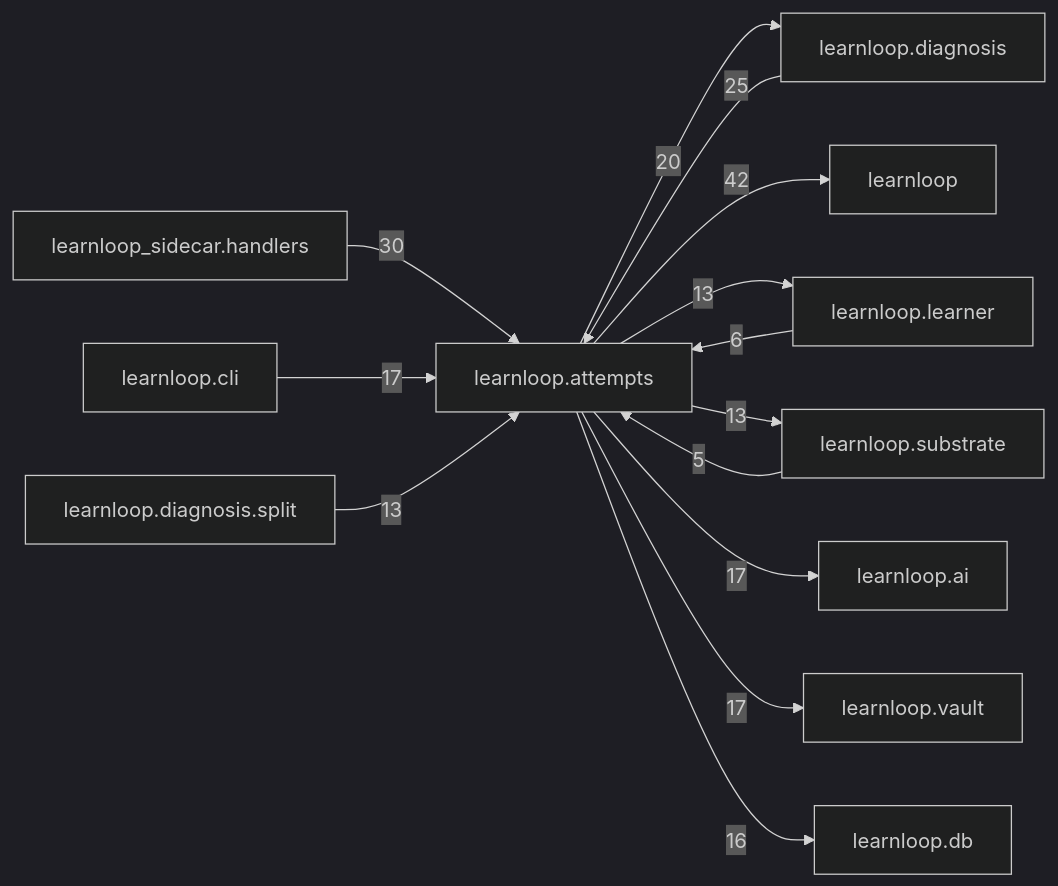
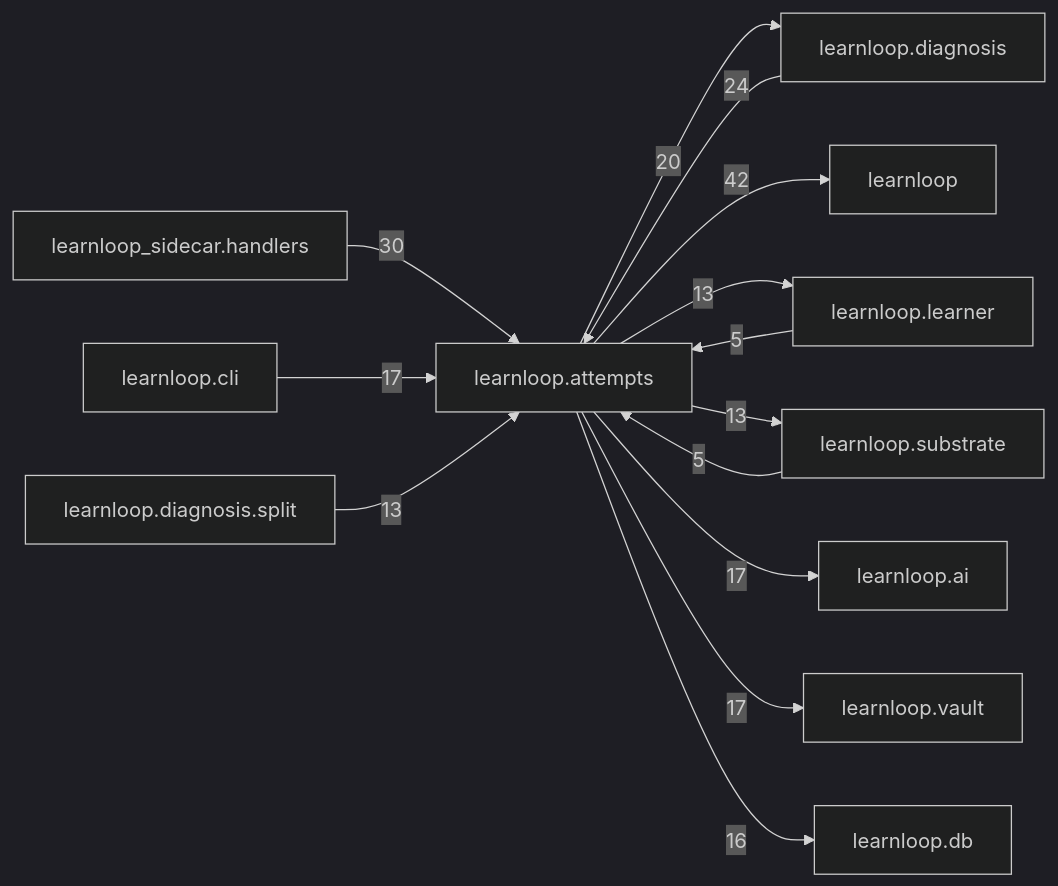
Before and after one commit to 6up-b/learnanything: the diagram in docs/learnloop-architecture-vault/Reference/Modules/learnloop/attempts/_package.md, drawn with Mermaid (dark theme). The commit also changed other lines of this file and 52 other files, not shown here.

````diff
--- a/docs/learnloop-architecture-vault/Reference/Modules/learnloop/attempts/_package.md
+++ b/docs/learnloop-architecture-vault/Reference/Modules/learnloop/attempts/_package.md
@@ -168,27 +168,27 @@
 ```mermaid
 flowchart LR
     center["learnloop.attempts"]
     n_learnloop_diagnosis["learnloop.diagnosis"]
     n_learnloop["learnloop"]
     n_learnloop_sidecar_handlers["learnloop_sidecar.handlers"]
     n_learnloop_learner["learnloop.learner"]
     n_learnloop_substrate["learnloop.substrate"]
     n_learnloop_ai["learnloop.ai"]
     n_learnloop_cli["learnloop.cli"]
     n_learnloop_vault["learnloop.vault"]
     n_learnloop_db["learnloop.db"]
     n_learnloop_diagnosis_split["learnloop.diagnosis.split"]
-    n_learnloop_diagnosis -->|25| center
+    n_learnloop_diagnosis -->|24| center
     center -->|20| n_learnloop_diagnosis
     center -->|42| n_learnloop
     n_learnloop_sidecar_handlers -->|30| center
-    n_learnloop_learner -->|6| center
+    n_learnloop_learner -->|5| center
     center -->|13| n_learnloop_learner
     n_learnloop_substrate -->|5| center
     center -->|13| n_learnloop_substrate
     center -->|17| n_learnloop_ai
     n_learnloop_cli -->|17| center
     center -->|17| n_learnloop_vault
     center -->|16| n_learnloop_db
     n_learnloop_diagnosis_split -->|13| center
 ```
````
